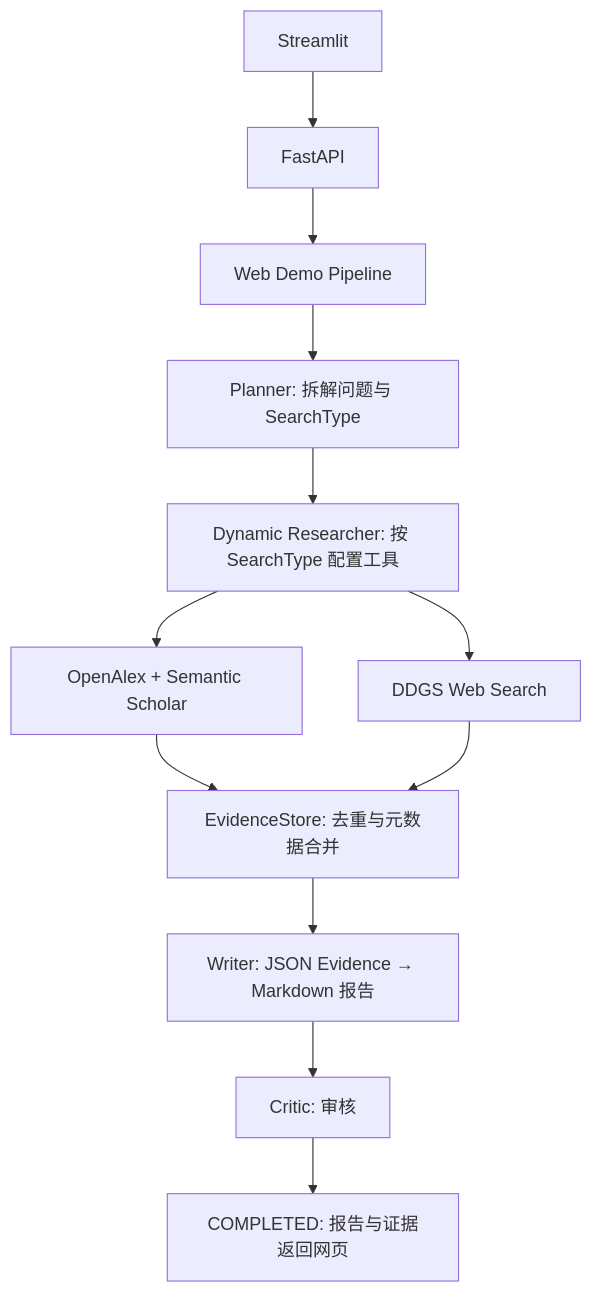
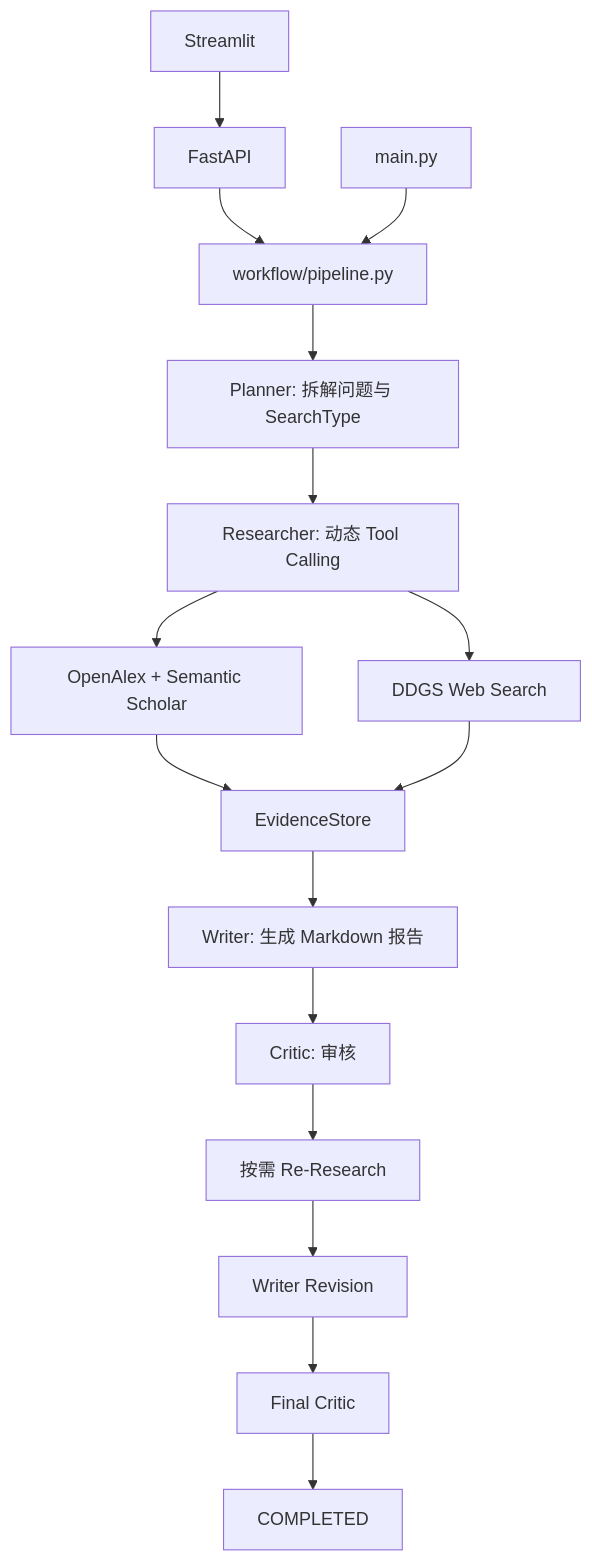
The diagram in README.md (jiangzijie88-ops/DeepResearch-Agent), drawn with Mermaid before and after one commit. The commit also changed other lines of this file and 27 other files, not shown here.

````diff
--- a/README.md
+++ b/README.md
@@ -17,14 +32,18 @@
-```mermaid
+``` mermaid
 flowchart TD
     Web[Streamlit] --> API[FastAPI]
-    API --> Pipeline[Web Demo Pipeline]
+    API --> Pipeline[workflow/pipeline.py]
+    CLI[main.py] --> Pipeline
     Pipeline --> Planner[Planner: 拆解问题与 SearchType]
-    Planner --> Researcher[Dynamic Researcher: 按 SearchType 配置工具]
+    Planner --> Researcher[Researcher: 动态 Tool Calling]
     Researcher --> Academic[OpenAlex + Semantic Scholar]
     Researcher --> Search[DDGS Web Search]
-    Academic --> Evidence[EvidenceStore: 去重与元数据合并]
+    Academic --> Evidence[EvidenceStore]
     Search --> Evidence
-    Evidence --> Writer[Writer: JSON Evidence → Markdown 报告]
+    Evidence --> Writer[Writer: 生成 Markdown 报告]
     Writer --> Critic[Critic: 审核]
-    Critic --> Result[COMPLETED: 报告与证据返回网页]
+    Critic --> Reresearch[按需 Re-Research]
+    Reresearch --> Revision[Writer Revision]
+    Revision --> FinalCritic[Final Critic]
+    FinalCritic --> Result[COMPLETED]
 ```
````
